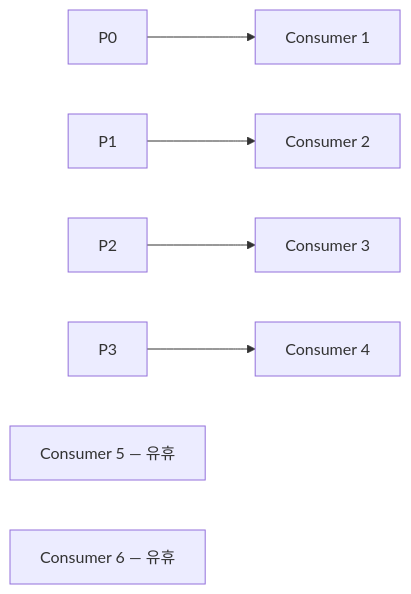
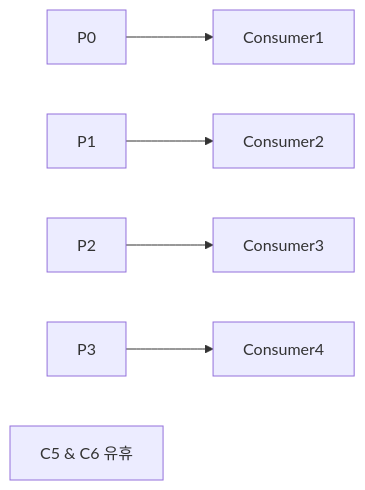
Before and after one commit to yjkim2015/yjkim2015.github.io: the sixth of 17 diagrams in _posts/kafka/2026-05-01-kafka-fundamentals.md, drawn with Mermaid. The commit also changed other lines of this file and 48 other files, not shown here.

First line of the commit message:
Mermaid 최종 47건 수정: participant/노드/줄수/라벨 전부 기준 이하

````diff
--- a/_posts/kafka/2026-05-01-kafka-fundamentals.md
+++ b/_posts/kafka/2026-05-01-kafka-fundamentals.md
@@ -177,9 +177,8 @@
 ```mermaid
 graph LR
-    P0[P0] --> C1[Consumer 1]
-    P1[P1] --> C2[Consumer 2]
-    P2[P2] --> C3[Consumer 3]
-    P3[P3] --> C4[Consumer 4]
-    IDLE1["Consumer 5 — 유휴"]
-    IDLE2["Consumer 6 — 유휴"]
+    P0[P0] --> C1[Consumer1]
+    P1[P1] --> C2[Consumer2]
+    P2[P2] --> C3[Consumer3]
+    P3[P3] --> C4[Consumer4]
+    IDLE["C5 & C6 유휴"]
 ```
````
